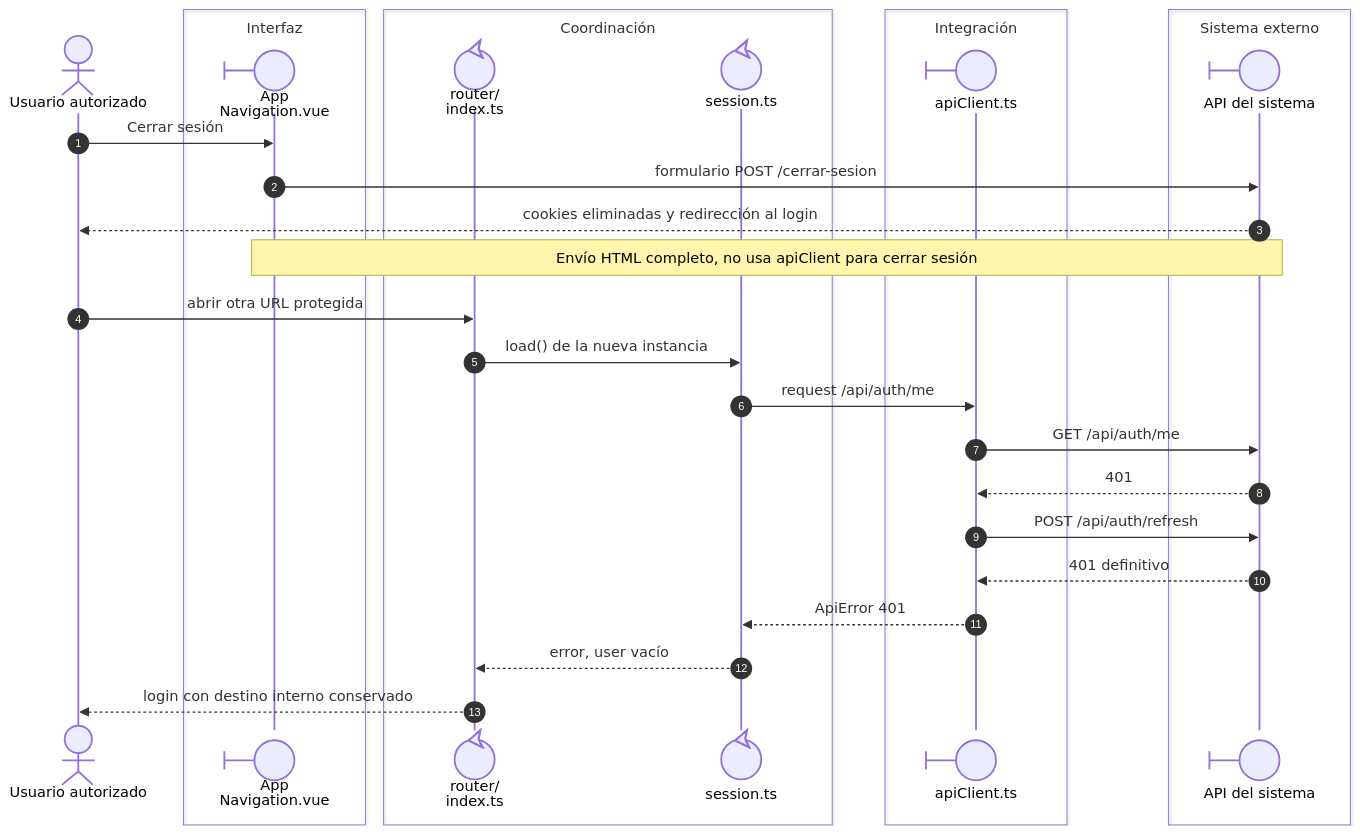
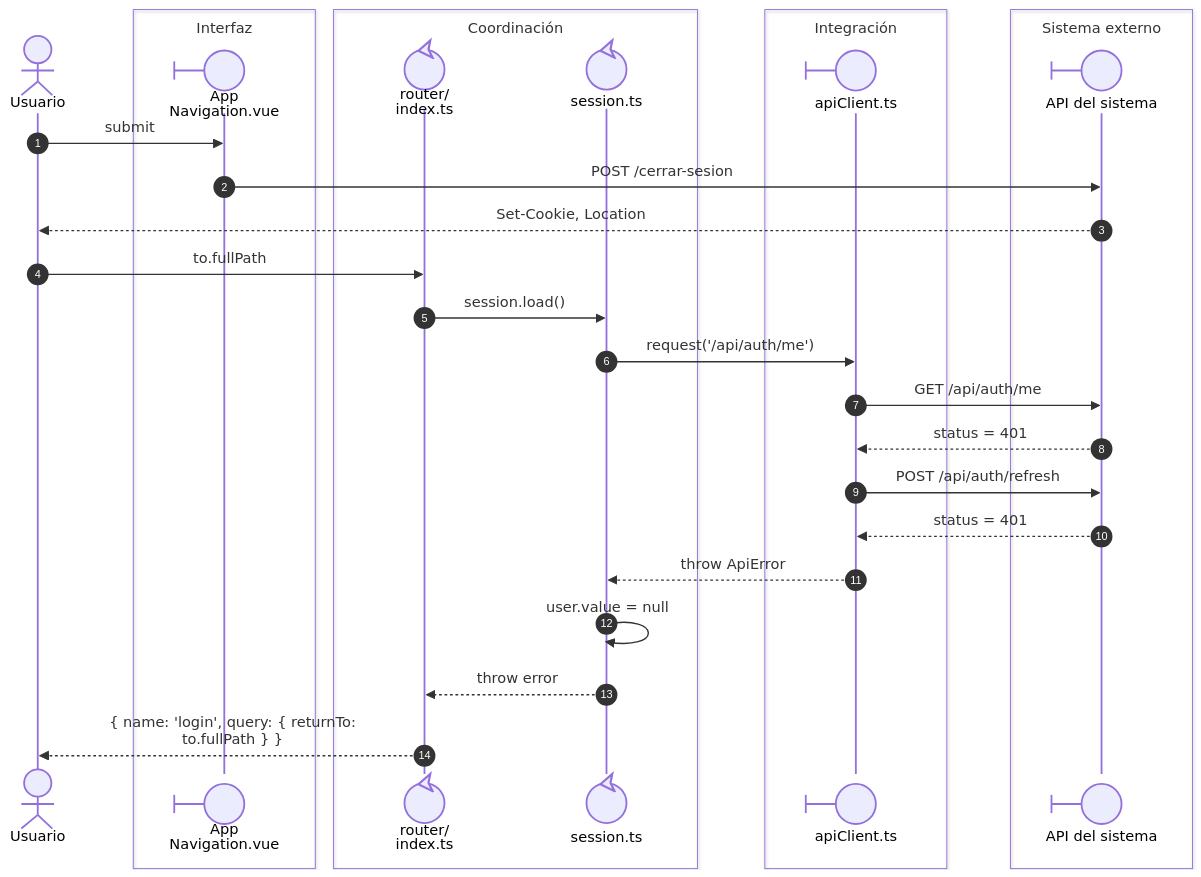
The diagram in front/docs/architecture/views/processes/01-session/03-logout.md (gpgsistemas01/nexus), drawn with Mermaid before and after one commit. The commit also changed other lines of this file and 43 other files, not shown here.

````diff
--- a/front/docs/architecture/views/processes/01-session/03-logout.md
+++ b/front/docs/architecture/views/processes/01-session/03-logout.md
@@ -13,32 +9,32 @@
 ```mermaid
 sequenceDiagram
     autonumber
-    actor U as Usuario autorizado
+    actor U as Usuario
     box Interfaz
     participant Menu@{ "type": "boundary" } as App<br/>Navigation.vue
     end
     box Coordinación
     participant Route@{ "type": "control" } as router/<br/>index.ts
     participant Session@{ "type": "control" } as session.ts
     end
     box Integración
     participant HTTP@{ "type": "boundary" } as apiClient.ts
     end
     box Sistema externo
     participant API@{ "type": "boundary" } as API del sistema
     end
-    U->>Menu: Cerrar sesión
-    Menu->>API: formulario POST /cerrar-sesion
-    API-->>U: cookies eliminadas y redirección al login
-    Note over Menu,API: Envío HTML completo, no usa apiClient para cerrar sesión
-    U->>Route: abrir otra URL protegida
-    Route->>Session: load() de la nueva instancia
-    Session->>HTTP: request /api/auth/me
-    HTTP->>API: GET /api/auth/me
-    API-->>HTTP: 401
-    HTTP->>API: POST /api/auth/refresh
-    API-->>HTTP: 401 definitivo
-    HTTP-->>Session: ApiError 401
-    Session-->>Route: error, user vacío
-    Route-->>U: login con destino interno conservado
+    U->>Menu: nowrap: submit
+    Menu->>API: nowrap: POST /cerrar-sesion
+    API-->>U: nowrap: Set-Cookie, Location
+    U->>Route: nowrap: to.fullPath
+    Route->>Session: nowrap: session.load()
+    Session->>HTTP: nowrap: request('/api/auth/me')
+    HTTP->>API: nowrap: GET /api/auth/me
+    API-->>HTTP: nowrap: status = 401
+    HTTP->>API: nowrap: POST /api/auth/refresh
+    API-->>HTTP: nowrap: status = 401
+    HTTP-->>Session: nowrap: throw ApiError
+    Session->>Session: nowrap: user.value = null
+    Session-->>Route: nowrap: throw error
+    Route-->>U: nowrap: { name: 'login', query: { returnTo:<br/>to.fullPath } }
 ```
````
